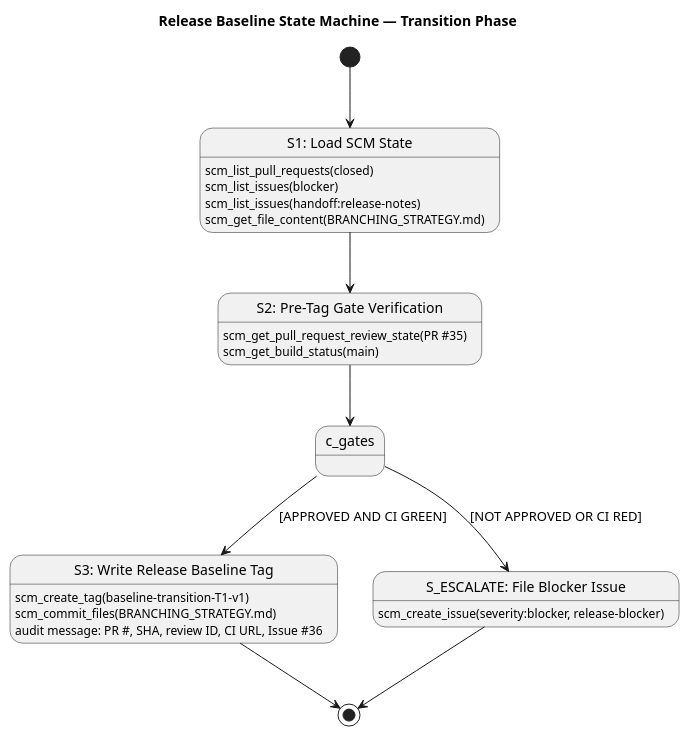
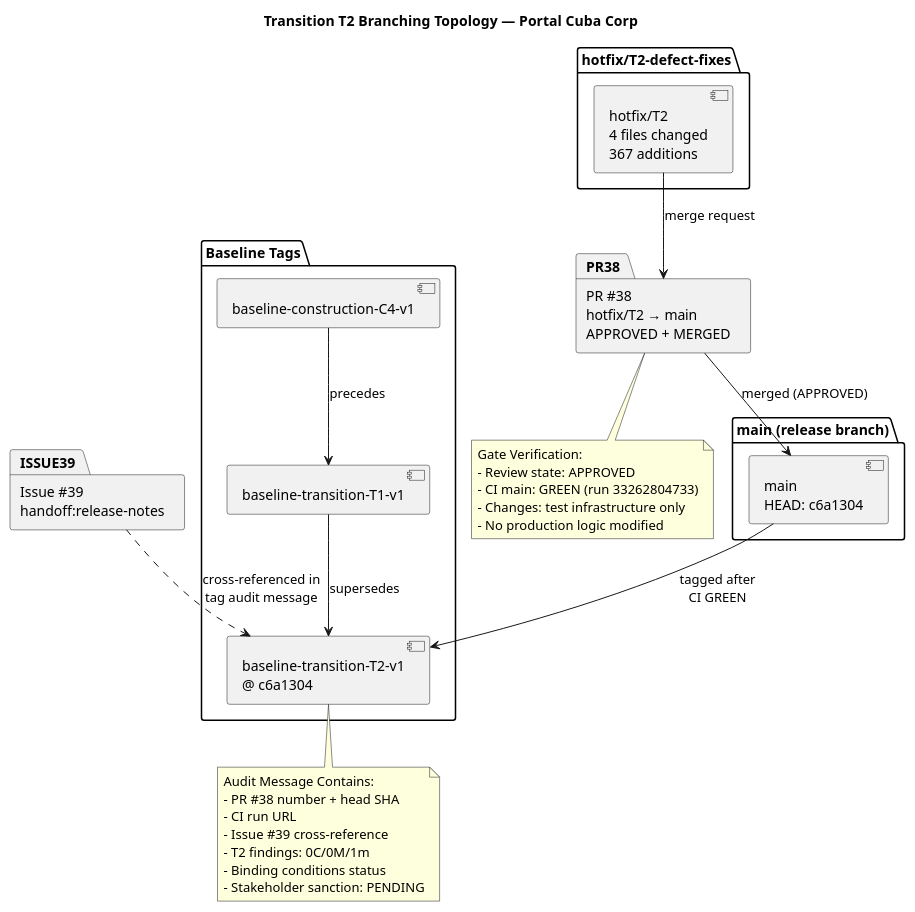
The second of 2 diagrams in docs/BRANCHING_STRATEGY.md (banense-test/portal-cuba-corp), drawn with PlantUML before and after one commit. The commit also changed other lines of this file, not shown here.

First line of the commit message:
Update BRANCHING_STRATEGY.md — Transition T2 baseline tagged (baseline-transition-T2-v1)

````diff
--- a/docs/BRANCHING_STRATEGY.md
+++ b/docs/BRANCHING_STRATEGY.md
@@ -166,39 +236,49 @@
 ```plantuml
-@startuml
-title Release Baseline State Machine — Transition Phase
+@startuml T2_Branching_Topology
+title Transition T2 Branching Topology — Portal Cuba Corp
 
-[*] --> S1_DISCOVER
-state "S1: Load SCM State" as S1_DISCOVER {
-  S1_DISCOVER : scm_list_pull_requests(closed)
-  S1_DISCOVER : scm_list_issues(blocker)
-  S1_DISCOVER : scm_list_issues(handoff:release-notes)
-  S1_DISCOVER : scm_get_file_content(BRANCHING_STRATEGY.md)
+package "main (release branch)" {
+  [main\nHEAD: c6a1304] as MAIN
 }
 
-S1_DISCOVER --> S2_GATE
-state "S2: Pre-Tag Gate Verification" as S2_GATE {
-  S2_GATE : scm_get_pull_request_review_state(PR #35)
-  S2_GATE : scm_get_build_status(main)
+package "hotfix/T2-defect-fixes" {
+  [hotfix/T2\n4 files changed\n367 additions] as HOTFIX_T2
 }
 
-S2_GATE --> c_gates
-state c_gates <<choice>>
-c_gates --> S3_TAG : [APPROVED AND CI GREEN]
-c_gates --> S_ESCALATE : [NOT APPROVED OR CI RED]
+package "Issue #39\nhandoff:release-notes" as ISSUE39
+package "PR #38\nhotfix/T2 → main\nAPPROVED + MERGED" as PR38
 
-state "S3: Write Release Baseline Tag" as S3_TAG {
-  S3_TAG : scm_create_tag(baseline-transition-T1-v1)
-  S3_TAG : scm_commit_files(BRANCHING_STRATEGY.md)
-  S3_TAG : audit message: PR #, SHA, review ID, CI URL, Issue #36
+package "Baseline Tags" {
+  [baseline-transition-T1-v1] as TAG_T1
+  [baseline-transition-T2-v1\n@ c6a1304] as TAG_T2
+  [baseline-construction-C4-v1] as TAG_C4
 }
 
-S3_TAG --> [*]
+HOTFIX_T2 --> PR38 : merge request
+PR38 --> MAIN : merged (APPROVED)
+MAIN --> TAG_T2 : tagged after\nCI GREEN
+TAG_T1 --> TAG_T2 : supersedes
+TAG_C4 --> TAG_T1 : precedes
 
-state "S_ESCALATE: File Blocker Issue" as S_ESCALATE {
-  S_ESCALATE : scm_create_issue(severity:blocker, release-blocker)
-}
+ISSUE39 ..> TAG_T2 : cross-referenced in\ntag audit message
 
-S_ESCALATE --> [*]
+note bottom of PR38
+  Gate Verification:
+  - Review state: APPROVED
+  - CI main: GREEN (run 33262804733)
+  - Changes: test infrastructure only
+  - No production logic modified
+end note
+
+note bottom of TAG_T2
+  Audit Message Contains:
+  - PR #38 number + head SHA
+  - CI run URL
+  - Issue #39 cross-reference
+  - T2 findings: 0C/0M/1m
+  - Binding conditions status
+  - Stakeholder sanction: PENDING
+end note
 
 @enduml
 ```
````
